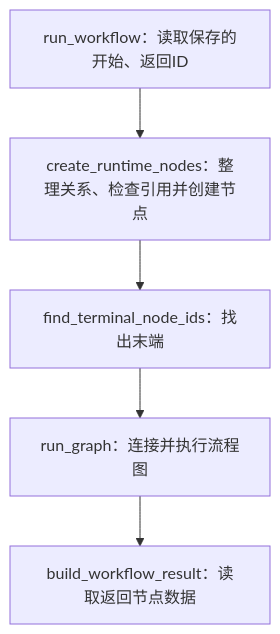
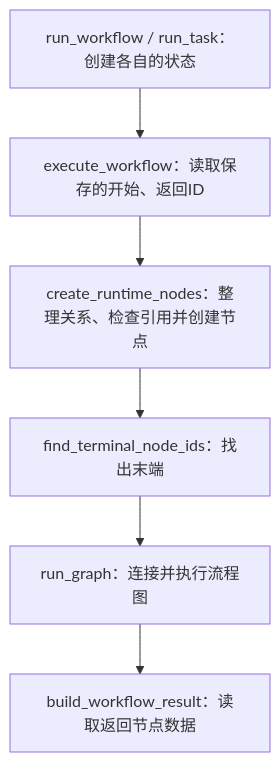
One commit to cfdnfsa/agent changed the diagram in agent/app/modules/workflow_runtime/README.md. Above: the diagram before and after it, drawn with Mermaid. The commit also changed other lines of this file and 19 other files, not shown here.

````diff
--- a/agent/app/modules/workflow_runtime/README.md
+++ b/agent/app/modules/workflow_runtime/README.md
@@ -32,7 +34,8 @@
 ```mermaid
 flowchart TD
-    A["run_workflow：读取保存的开始、返回ID"] --> C["create_runtime_nodes：整理关系、检查引用并创建节点"]
+    A["run_workflow / run_task：创建各自的状态"] --> B["execute_workflow：读取保存的开始、返回ID"]
+    B --> C["create_runtime_nodes：整理关系、检查引用并创建节点"]
     C --> D["find_terminal_node_ids：找出末端"]
     D --> E["run_graph：连接并执行流程图"]
     E --> F["build_workflow_result：读取返回节点数据"]
 ```
````
